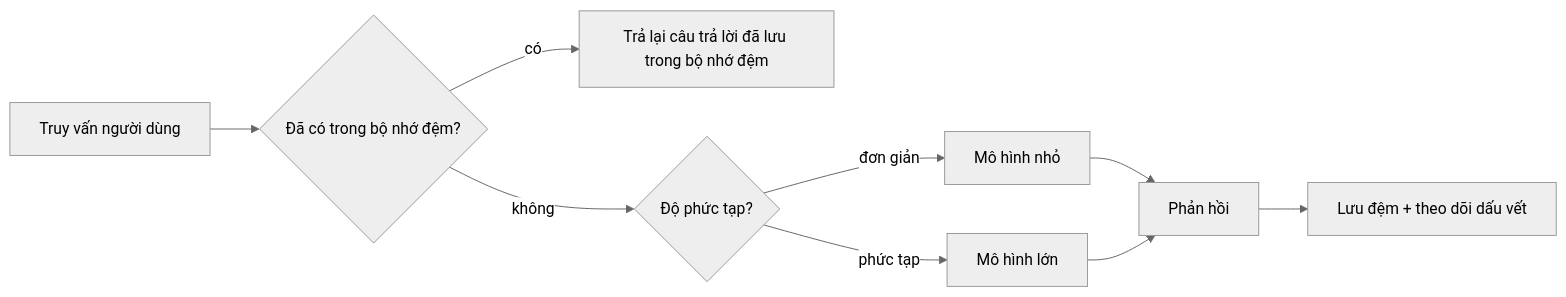
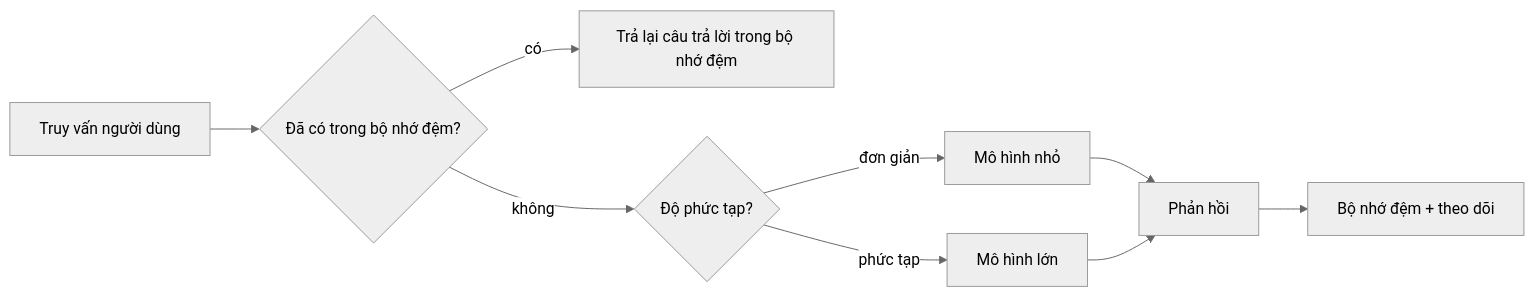
Before and after one commit to gabrielmoreira/agent-skills-mirror: the third of 4 diagrams in mirrors/repos/microsoft@ai-agents-for-beginners/translations/vi/16-deploying-scalable-agents/README.md, drawn with Mermaid (neutral theme). The commit also changed other lines of this file and 3581 other files, not shown here.

````diff
--- a/mirrors/repos/microsoft@ai-agents-for-beginners/translations/vi/16-deploying-scalable-agents/README.md
+++ b/mirrors/repos/microsoft@ai-agents-for-beginners/translations/vi/16-deploying-scalable-agents/README.md
@@ -134,11 +134,11 @@
 ```mermaid
 flowchart LR
     Q[Truy vấn người dùng] --> C{Đã có trong bộ nhớ đệm?}
-    C -->|có| R[Trả lại câu trả lời đã lưu trong bộ nhớ đệm]
+    C -->|có| R[Trả lại câu trả lời trong bộ nhớ đệm]
     C -->|không| Router{Độ phức tạp?}
     Router -->|đơn giản| SLM[Mô hình nhỏ]
     Router -->|phức tạp| LLM[Mô hình lớn]
     SLM --> Out[Phản hồi]
     LLM --> Out
-    Out --> Store[Lưu đệm + theo dõi dấu vết]
+    Out --> Store[Bộ nhớ đệm + theo dõi]
 ```
````
